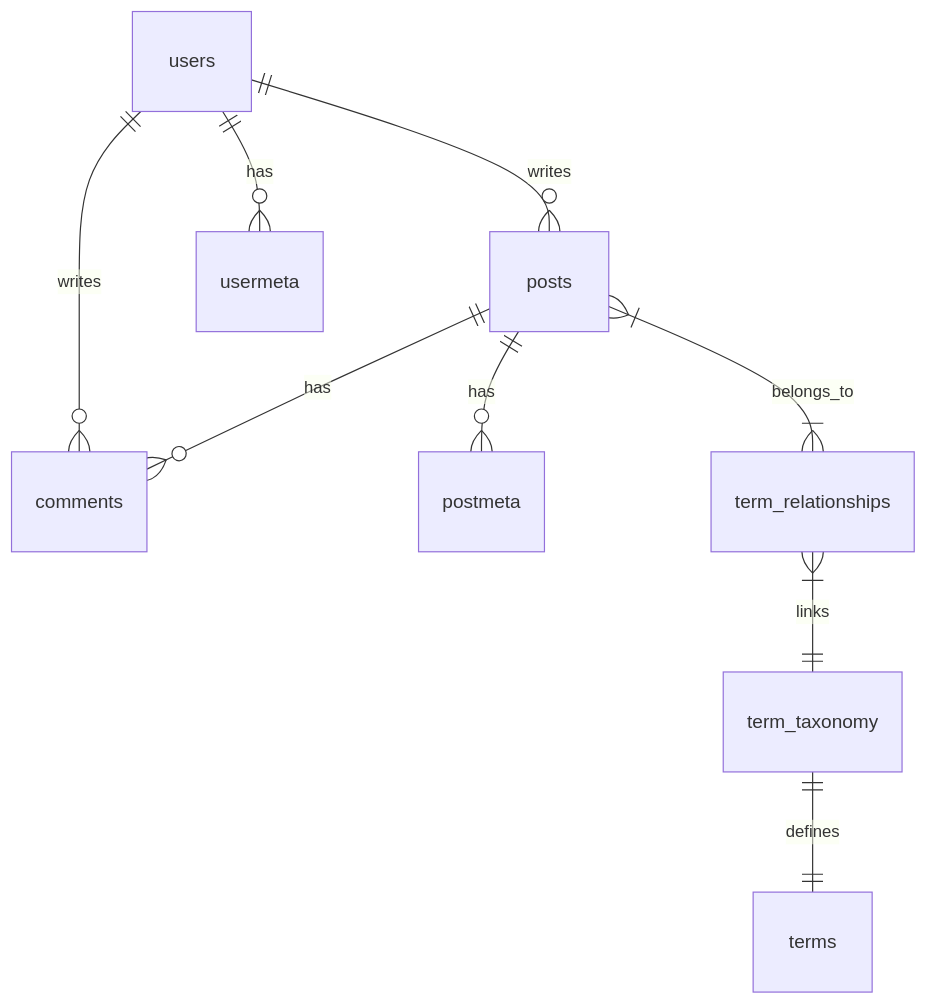
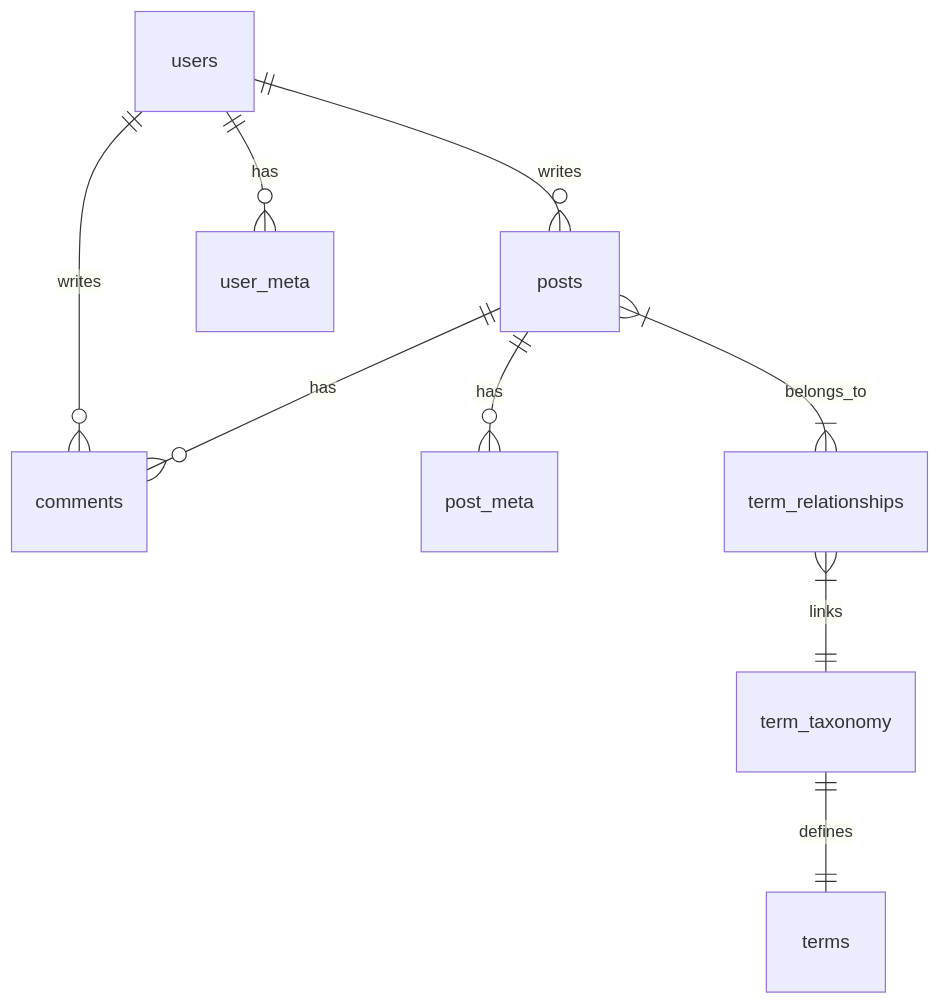
The diagram in documentation/database.md (jaimemartinez/wordjs), drawn with Mermaid before and after one commit. The commit also changed other lines of this file and 21 other files, not shown here.

````diff
--- a/documentation/database.md
+++ b/documentation/database.md
@@ -153,11 +153,11 @@
 ```mermaid
 erDiagram
     users ||--o{ posts : writes
     users ||--o{ comments : writes
     posts ||--o{ comments : has
-    posts ||--o{ postmeta : has
-    users ||--o{ usermeta : has
+    posts ||--o{ post_meta : has
+    users ||--o{ user_meta : has
     posts }|--|{ term_relationships : belongs_to
     term_relationships }|--|| term_taxonomy : links
     term_taxonomy ||--|| terms : defines
 ```
````
